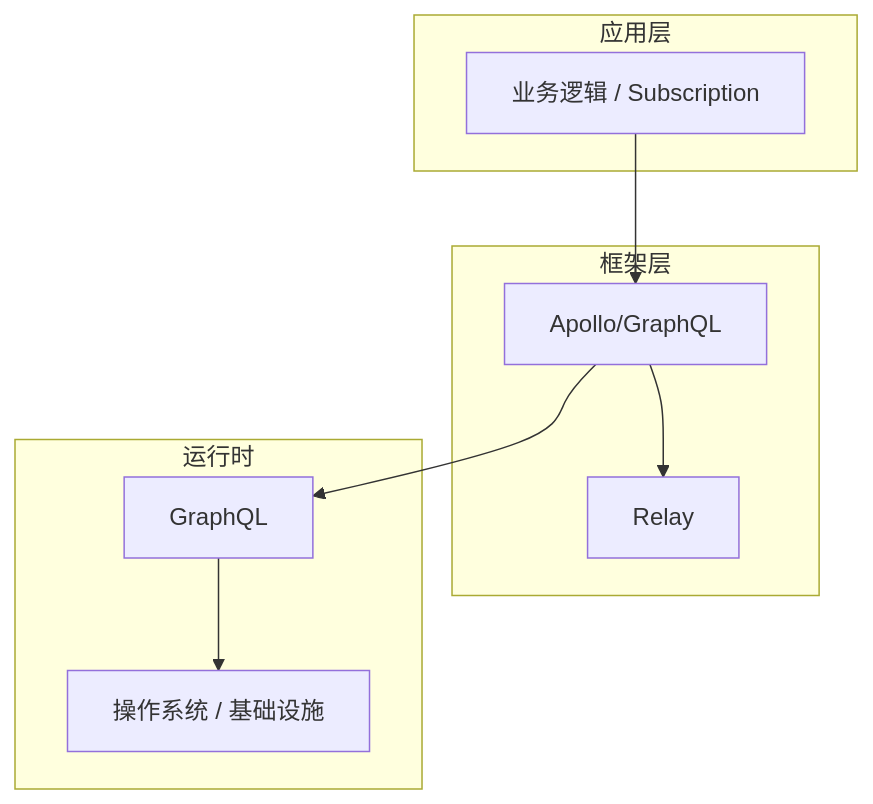
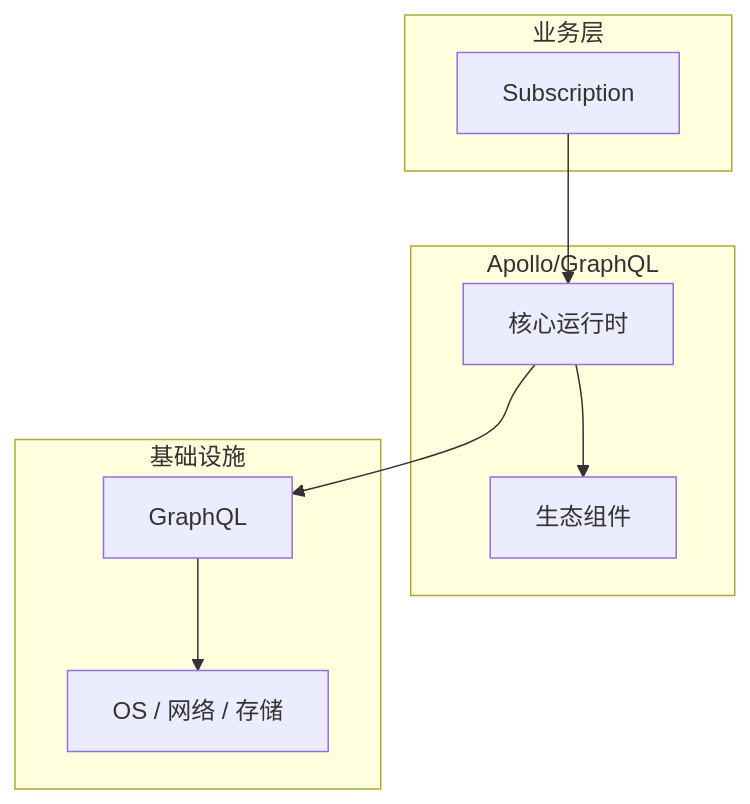
The diagram in articles/GraphQL/chapters/021-Subscription核心概念与原理.md (yanggan2015/knowledge-json-v2), drawn with Mermaid before and after one commit. The commit also changed other lines of this file and 10127 other files, not shown here.

````diff
--- a/articles/GraphQL/chapters/021-Subscription核心概念与原理.md
+++ b/articles/GraphQL/chapters/021-Subscription核心概念与原理.md
@@ -45,18 +34,18 @@
 ```mermaid
 graph TB
-    subgraph 应用层
-        A[业务逻辑 / Subscription]
+    subgraph 业务层
+        A[Subscription]
     end
-    subgraph 框架层
-        B[Apollo/GraphQL]
-        C[Relay]
+    subgraph Apollo/GraphQL
+        B[核心运行时]
+        C[生态组件]
     end
-    subgraph 运行时
+    subgraph 基础设施
         D[GraphQL]
-        E[操作系统 / 基础设施]
+        E[OS / 网络 / 存储]
     end
     A --> B
     B --> C
     B --> D
     D --> E
 ```
````
